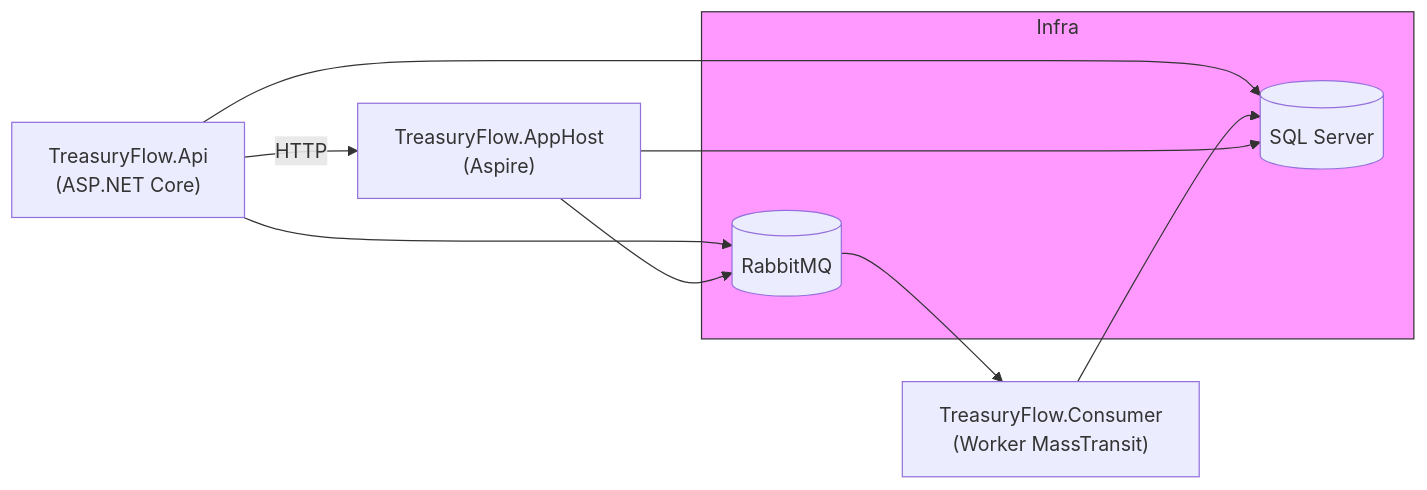
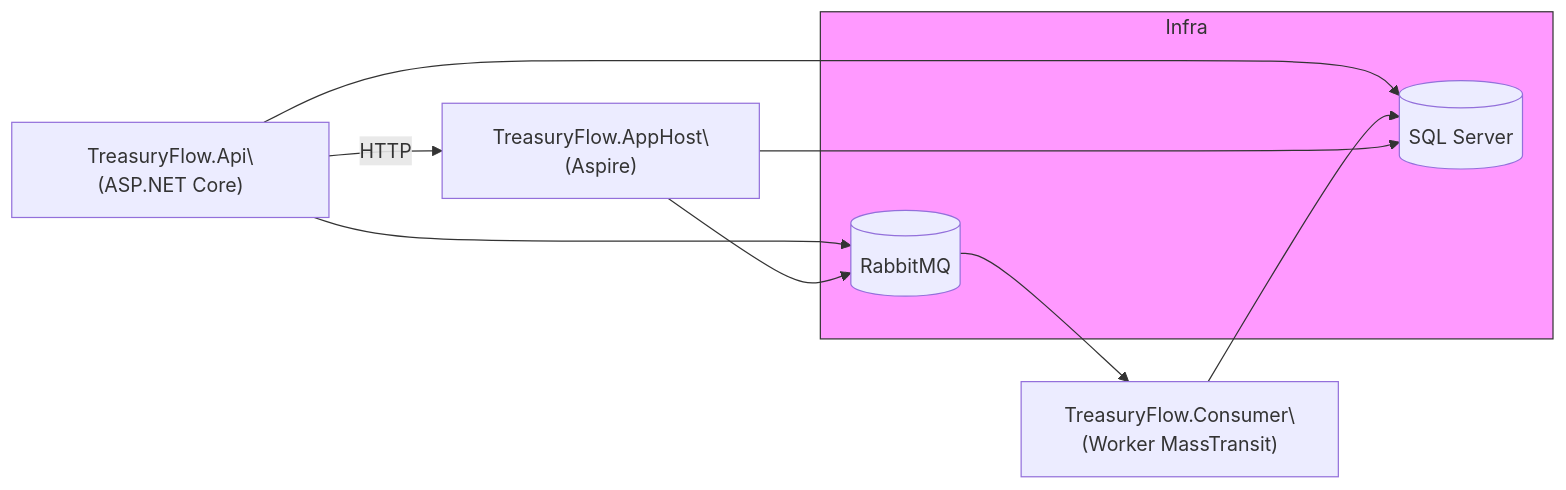
One commit to Tmazo/treasury-flow changed the diagram in README.md. Above: the diagram before and after it, drawn with Mermaid.

Commit message:
Fix formatting in README for API, Consumer, and App

````diff
--- a/README.md
+++ b/README.md
@@ -75,22 +75,22 @@
 ```mermaid
 flowchart LR
   subgraph Infra
     DB[(SQL Server)]
     RMQ[(RabbitMQ)]
   end
 
-  API["TreasuryFlow.Api\n(ASP.NET Core)"]
-  Consumer["TreasuryFlow.Consumer\n(Worker MassTransit)"]
-  App["TreasuryFlow.AppHost\n(Aspire)"]
+  API["TreasuryFlow.Api\(ASP.NET Core)"]
+  Consumer["TreasuryFlow.Consumer\(Worker MassTransit)"]
+  App["TreasuryFlow.AppHost\(Aspire)"]
 
   API --> DB
   API --> RMQ
   API -->|HTTP| App
   RMQ --> Consumer
   Consumer --> DB
   App --> DB
   App --> RMQ
 
   classDef infra fill:#f9f,stroke:#333,stroke-width:1px;
   class Infra infra;
 ```
````
